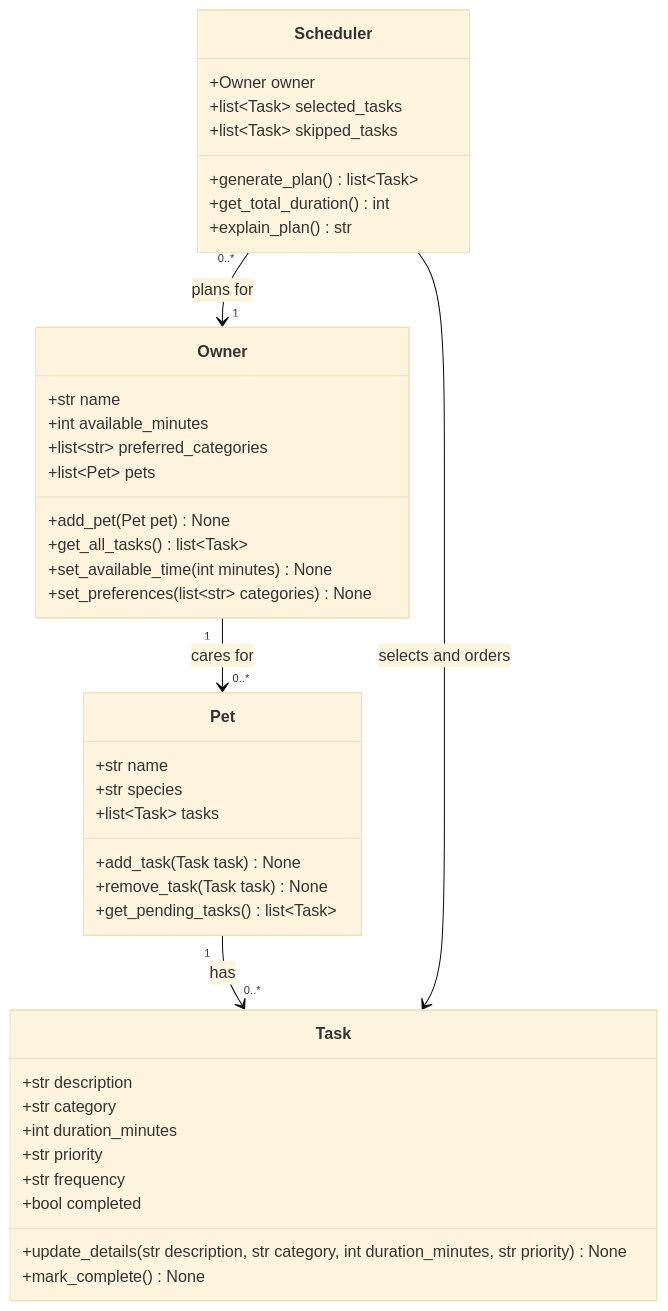
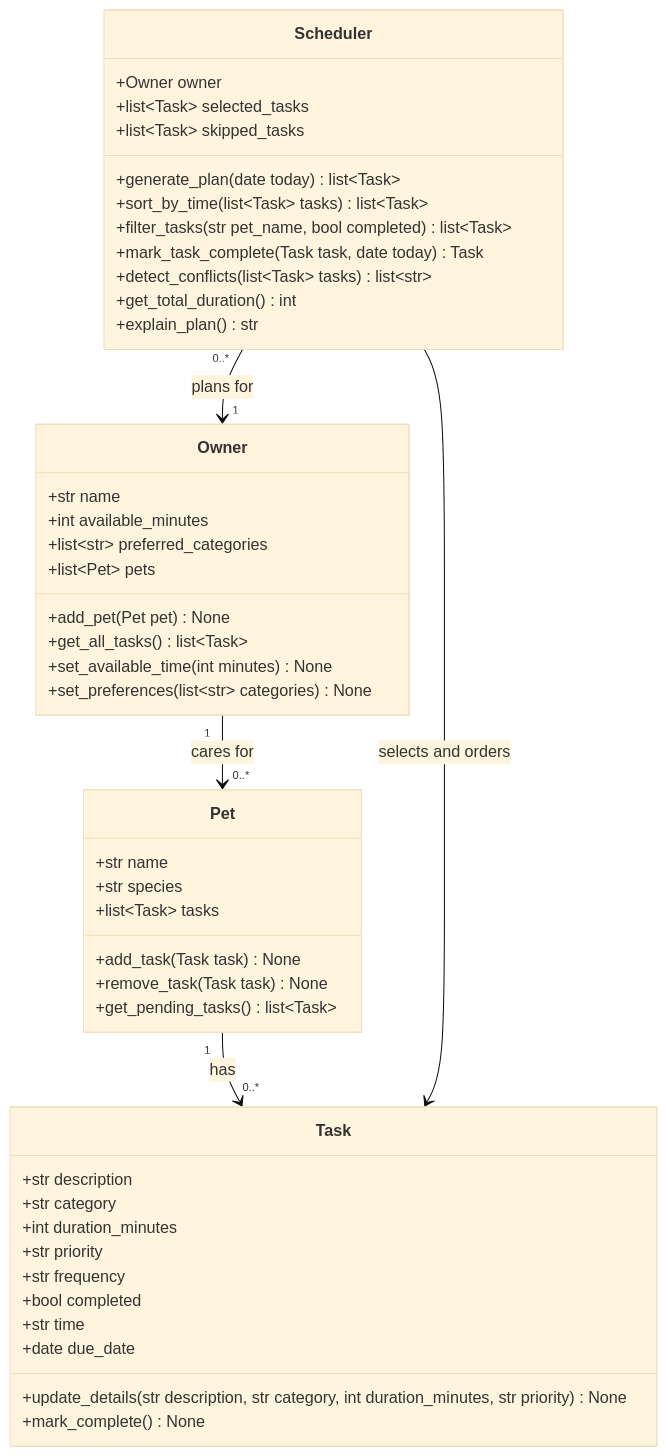
Before and after one commit to leslie406prime/ai110-module2show-pawpal-starter: the diagram in diagrams/uml.mmd, drawn with Mermaid (base theme). The commit also changed 9 other files, not shown here.

```diff
--- a/diagrams/uml.mmd
+++ b/diagrams/uml.mmd
@@ -1,42 +1,48 @@
 classDiagram
     class Owner {
         +str name
         +int available_minutes
         +list~str~ preferred_categories
         +list~Pet~ pets
         +add_pet(Pet pet) None
         +get_all_tasks() list~Task~
         +set_available_time(int minutes) None
         +set_preferences(list~str~ categories) None
     }
     class Pet {
         +str name
         +str species
         +list~Task~ tasks
         +add_task(Task task) None
         +remove_task(Task task) None
         +get_pending_tasks() list~Task~
     }
     class Task {
         +str description
         +str category
         +int duration_minutes
         +str priority
         +str frequency
         +bool completed
+        +str time
+        +date due_date
         +update_details(str description, str category, int duration_minutes, str priority) None
         +mark_complete() None
     }
     class Scheduler {
         +Owner owner
         +list~Task~ selected_tasks
         +list~Task~ skipped_tasks
-        +generate_plan() list~Task~
+        +generate_plan(date today) list~Task~
+        +sort_by_time(list~Task~ tasks) list~Task~
+        +filter_tasks(str pet_name, bool completed) list~Task~
+        +mark_task_complete(Task task, date today) Task
+        +detect_conflicts(list~Task~ tasks) list~str~
         +get_total_duration() int
         +explain_plan() str
     }
 
     Owner "1" --> "0..*" Pet : cares for
     Pet "1" --> "0..*" Task : has
     Scheduler "0..*" --> "1" Owner : plans for
     Scheduler --> Task : selects and orders
```
